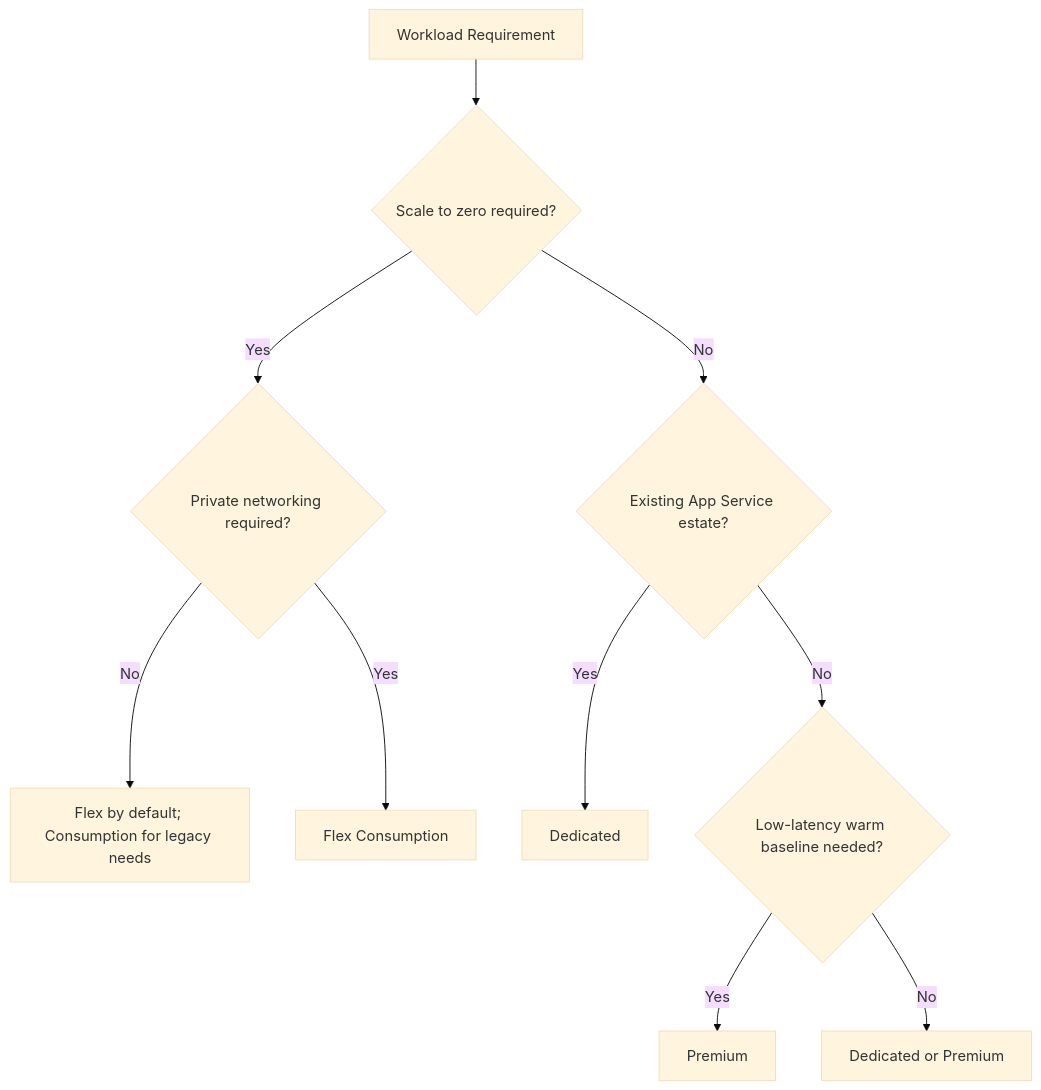
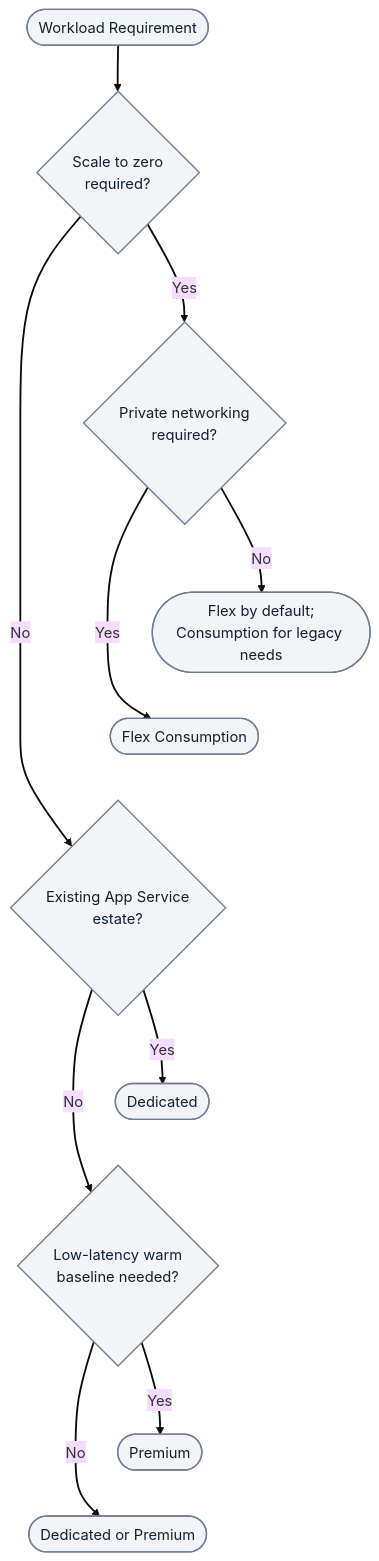
Before and after one commit to yeongseon/azure-functions-practical-guide: the first of 2 diagrams in docs/platform/hosting.md, drawn with Mermaid (base theme). The commit also changed other lines of this file and 3 other files, not shown here.

First line of the commit message:
docs(diagrams): migrate Functions platform runtime — custom handlers and hosting and related pages (#414)

````diff
--- a/docs/platform/hosting.md
+++ b/docs/platform/hosting.md
@@ -126,12 +126,32 @@
 ```mermaid
 flowchart TD
-    A[Workload Requirement] --> B{Scale to zero required?}
-    B -->|Yes| C{Private networking required?}
-    B -->|No| D{Existing App Service estate?}
-    C -->|No| E[Flex by default; Consumption for legacy needs]
-    C -->|Yes| F[Flex Consumption]
-    D -->|Yes| G[Dedicated]
-    D -->|No| H{Low-latency warm baseline needed?}
-    H -->|Yes| I[Premium]
-    H -->|No| J[Dedicated or Premium]
+    accTitle: Hosting plan requirements decision flow
+    accDescr: When scale-to-zero is required, private networking leads to Flex Consumption; without private networking, Flex is the default candidate and Consumption is reserved for legacy needs. Without scale-to-zero, existing App Service estate leads to Dedicated; otherwise warm baseline requirements lead to Premium or Dedicated or Premium. These are selection heuristics, not a complete capability test.
+    A(["Workload Requirement"])
+    B{"Scale to zero<br/>required?"}
+    C{"Private networking<br/>required?"}
+    D{"Existing App Service<br/>estate?"}
+    E(["Flex by default;<br/>Consumption for legacy needs"])
+    F(["Flex Consumption"])
+    G(["Dedicated"])
+    H{"Low-latency warm<br/>baseline needed?"}
+    I(["Premium"])
+    J(["Dedicated or Premium"])
+    A --> B
+    B -->|Yes| C
+    B -->|No| D
+    C -->|No| E
+    C -->|Yes| F
+    D -->|Yes| G
+    D -->|No| H
+    H -->|Yes| I
+    H -->|No| J
+    %% Layout-only links tier alternatives; they add no decisions or semantic arrows.
+    E ~~~ F
+    F ~~~ D
+    G ~~~ H
+    I ~~~ J
+    classDef baseNeutral fill:#f2f4f8,stroke:#707e93,stroke-width:1.5px,color:#14202e;
+    class A,B,C,D,E,F,G,H,I,J baseNeutral;
+    linkStyle default stroke-width:2px;
 ```
````
